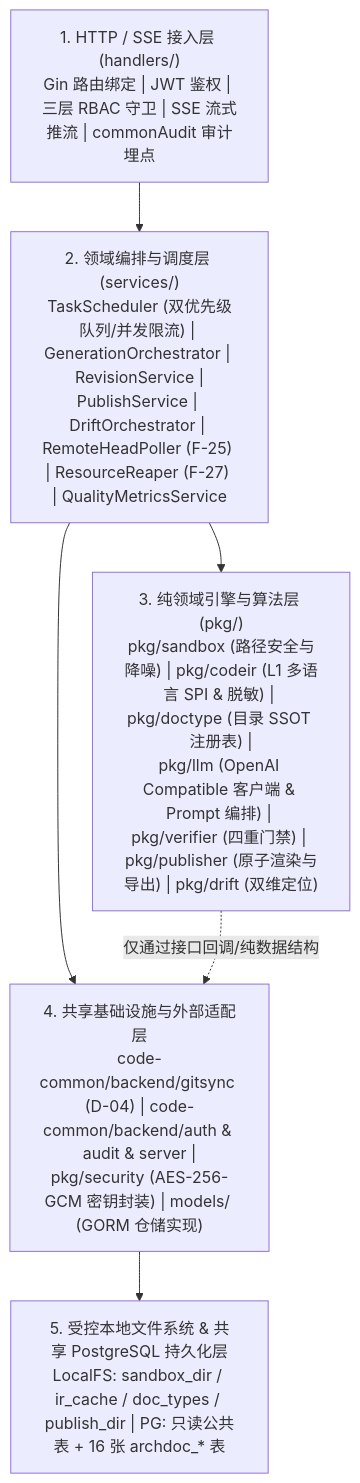
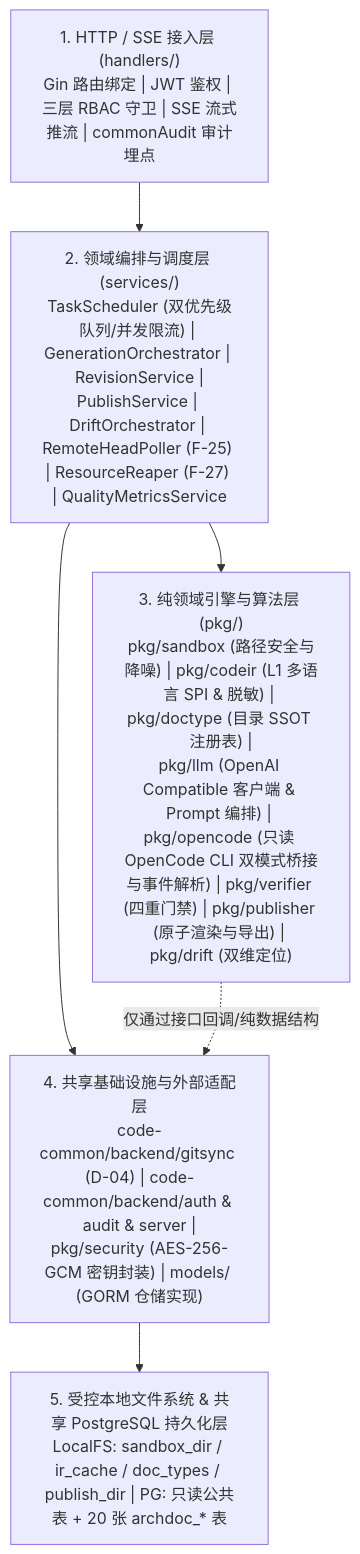
Before and after one commit to fugui/code-archdoc: the second of 5 diagrams in docs/02-design/01-system-architecture.md, drawn with Mermaid. The commit also changed other lines of this file and 10 other files, not shown here.

````diff
--- a/docs/02-design/01-system-architecture.md
+++ b/docs/02-design/01-system-architecture.md
@@ -94,14 +94,14 @@
 ```mermaid
 flowchart TB
     L1["1. HTTP / SSE 接入层 (handlers/)<br/>Gin 路由绑定 | JWT 鉴权 | 三层 RBAC 守卫 | SSE 流式推流 | commonAudit 审计埋点"]
     L2["2. 领域编排与调度层 (services/)<br/>TaskScheduler (双优先级队列/并发限流) | GenerationOrchestrator | RevisionService |<br/>PublishService | DriftOrchestrator | RemoteHeadPoller (F-25) | ResourceReaper (F-27) | QualityMetricsService"]
-    L3["3. 纯领域引擎与算法层 (pkg/)<br/>pkg/sandbox (路径安全与降噪) | pkg/codeir (L1 多语言 SPI & 脱敏) | pkg/doctype (目录 SSOT 注册表) |<br/>pkg/llm (OpenAI Compatible 客户端 & Prompt 编排) | pkg/verifier (四重门禁) | pkg/publisher (原子渲染与导出) | pkg/drift (双维定位)"]
+    L3["3. 纯领域引擎与算法层 (pkg/)<br/>pkg/sandbox (路径安全与降噪) | pkg/codeir (L1 多语言 SPI & 脱敏) | pkg/doctype (目录 SSOT 注册表) |<br/>pkg/llm (OpenAI Compatible 客户端 & Prompt 编排) | pkg/opencode (只读 OpenCode CLI 双模式桥接与事件解析) | pkg/verifier (四重门禁) | pkg/publisher (原子渲染与导出) | pkg/drift (双维定位)"]
     L4["4. 共享基础设施与外部适配层<br/>code-common/backend/gitsync (D-04) | code-common/backend/auth & audit & server |<br/>pkg/security (AES-256-GCM 密钥封装) | models/ (GORM 仓储实现)"]
-    L5["5. 受控本地文件系统 & 共享 PostgreSQL 持久化层<br/>LocalFS: sandbox_dir / ir_cache / doc_types / publish_dir | PG: 只读公共表 + 16 张 archdoc_* 表"]
+    L5["5. 受控本地文件系统 & 共享 PostgreSQL 持久化层<br/>LocalFS: sandbox_dir / ir_cache / doc_types / publish_dir | PG: 只读公共表 + 20 张 archdoc_* 表"]
 
     L1 --> L2
     L2 --> L3
     L2 --> L4
     L3 -.->|"仅通过接口回调/纯数据结构"| L4
     L4 --> L5
 ```
````
